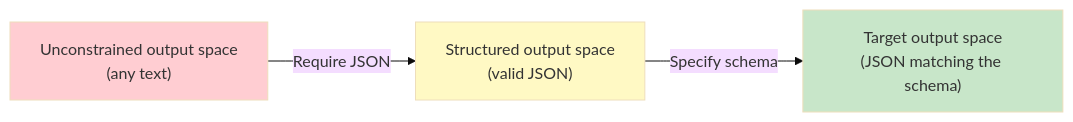
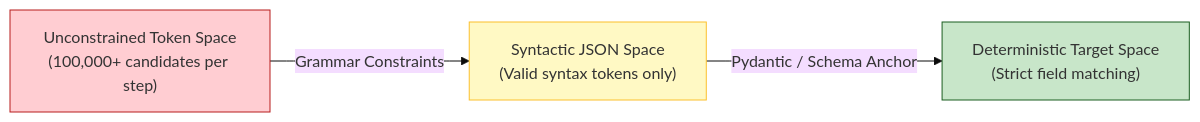
One commit to yingwang/thinking-in-llm changed the first of 5 diagrams in en/chapters/05-strengths.md. Above: the diagram before and after it, drawn with Mermaid (base theme). The commit also changed other lines of this file and 31 other files, not shown here.

````diff
--- a/en/chapters/05-strengths.md
+++ b/en/chapters/05-strengths.md
@@ -154,9 +159,9 @@
 ```mermaid
 flowchart LR
-    A["Unconstrained output space<br>(any text)"] -->|"Require JSON"| B["Structured output space<br>(valid JSON)"]
-    B -->|"Specify schema"| C["Target output space<br>(JSON matching the schema)"]
+    A["Unconstrained Token Space<br/>(100,000+ candidates per step)"] -->|"Grammar Constraints"| B["Syntactic JSON Space<br/>(Valid syntax tokens only)"]
+    B -->|"Pydantic / Schema Anchor"| C["Deterministic Target Space<br/>(Strict field matching)"]
 
-    style A fill:#ffcdd2
-    style B fill:#fff9c4
-    style C fill:#c8e6c9
+    style A fill:#ffcdd2,stroke:#b71c1c
+    style B fill:#fff9c4,stroke:#fbc02d
+    style C fill:#c8e6c9,stroke:#1b5e20
 ```
````
